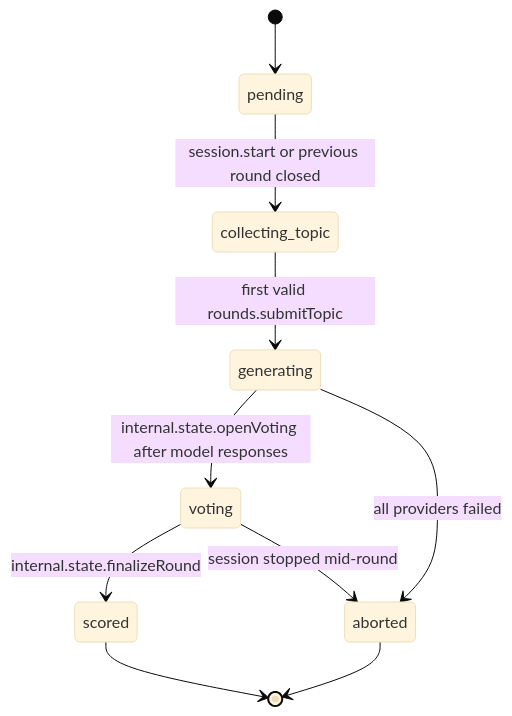
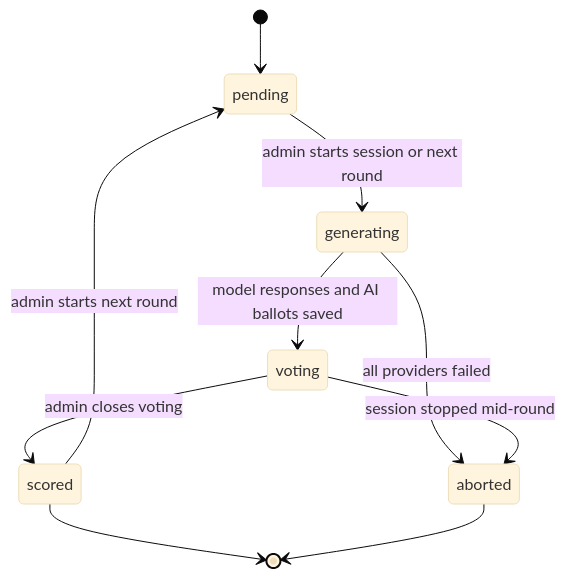
One commit to Radu028/ai-arena changed the fourth of 7 diagrams in docs/ARCHITECTURE.md. Above: the diagram before and after it, drawn with Mermaid (base theme). The commit also changed other lines of this file and 45 other files, not shown here.

````diff
--- a/docs/ARCHITECTURE.md
+++ b/docs/ARCHITECTURE.md
@@ -177,12 +177,12 @@
 ```mermaid
 stateDiagram-v2
   [*] --> pending
-  pending --> collecting_topic: session.start or previous round closed
-  collecting_topic --> generating: first valid rounds.submitTopic
-  generating --> voting: internal.state.openVoting after model responses
+  pending --> generating: admin starts session or next round
+  generating --> voting: model responses and AI ballots saved
   generating --> aborted: all providers failed
-  voting --> scored: internal.state.finalizeRound
+  voting --> scored: admin closes voting
   voting --> aborted: session stopped mid-round
+  scored --> pending: admin starts next round
   scored --> [*]
   aborted --> [*]
 ```
````
